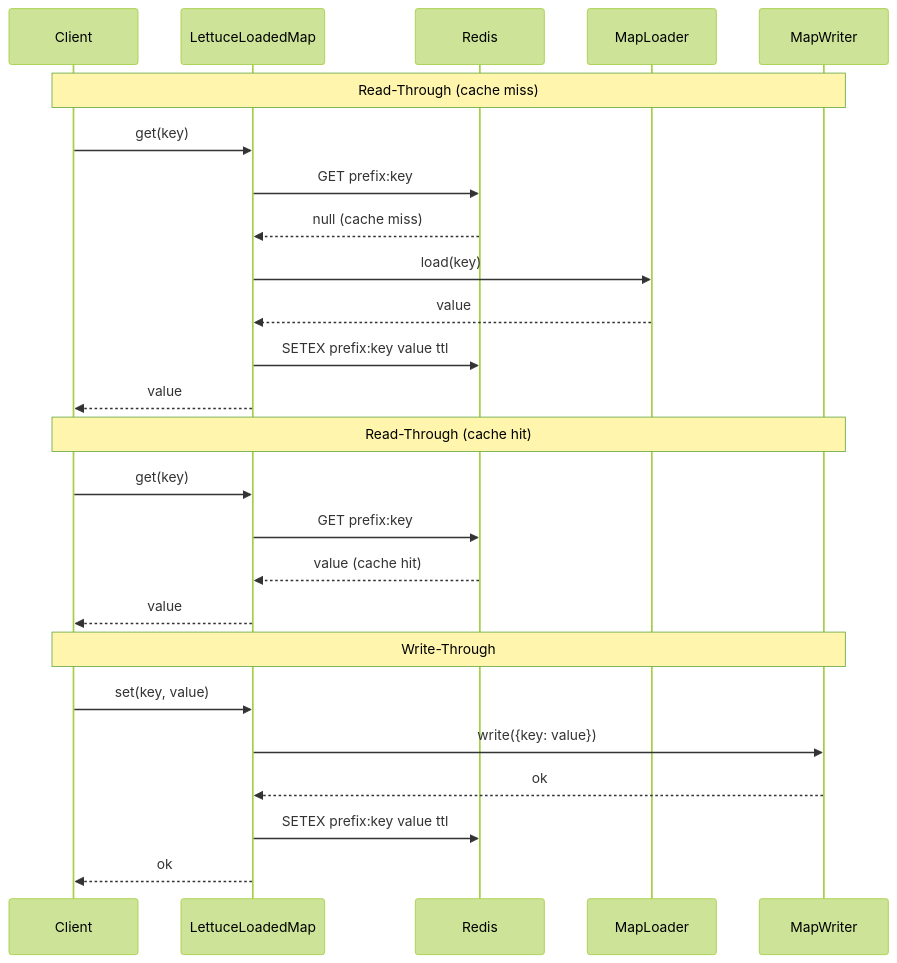
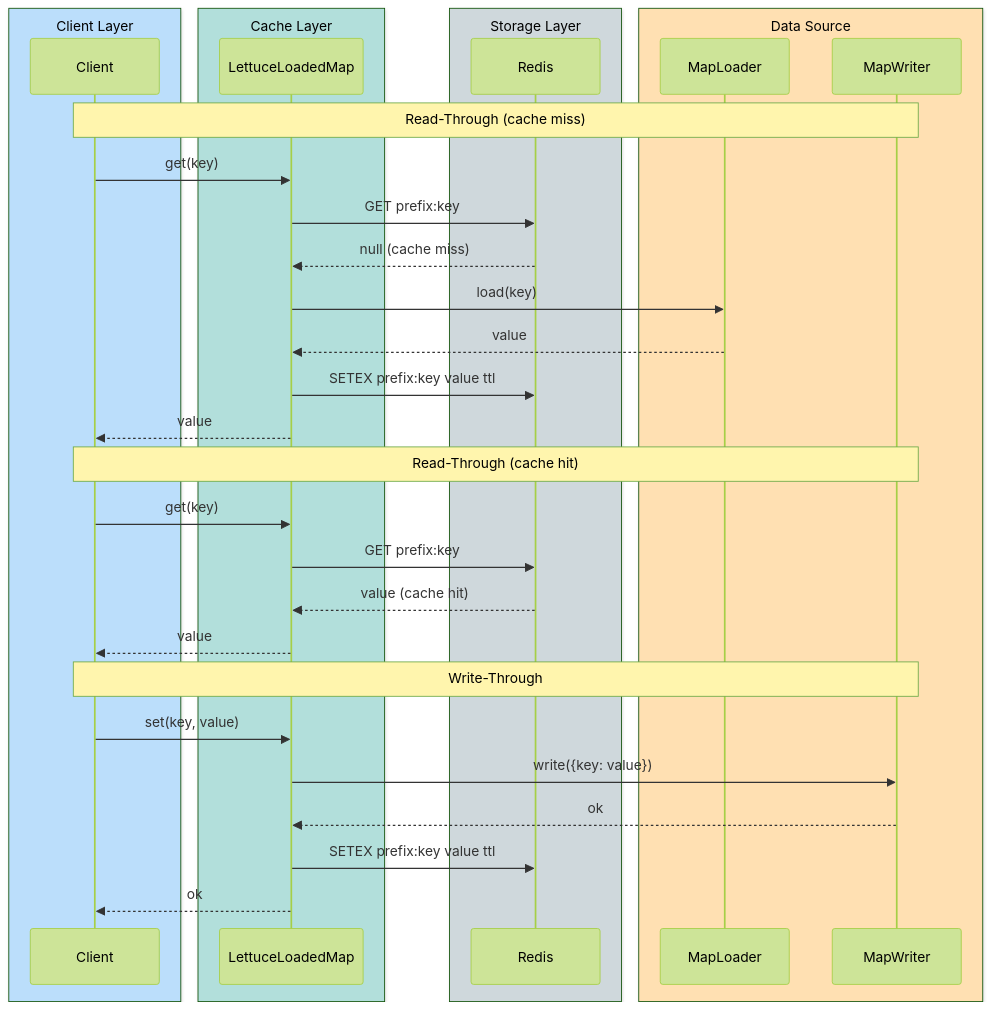
The second of 3 diagrams in infra/lettuce/README.md (bluetape4k/bluetape4k-projects), drawn with Mermaid (forest theme) before and after one commit. The commit also changed other lines of this file and 221 other files, not shown here.

First line of the commit message:
docs: 전체 모듈 README UML 다이어그램 보강 및 색상 업그레이드

````diff
--- a/infra/lettuce/README.md
+++ b/infra/lettuce/README.md
@@ -390,27 +399,35 @@
 ```mermaid
 sequenceDiagram
+    box rgb(187,222,251) Client Layer
     participant Client
+    end
+    box rgb(178,223,219) Cache Layer
     participant LettuceLoadedMap
+    end
+    box rgb(207,216,220) Storage Layer
     participant Redis
+    end
+    box rgb(255,224,178) Data Source
     participant MapLoader
     participant MapWriter
+    end
     Note over Client, MapWriter: Read-Through (cache miss)
     Client ->> LettuceLoadedMap: get(key)
     LettuceLoadedMap ->> Redis: GET prefix:key
     Redis -->> LettuceLoadedMap: null (cache miss)
     LettuceLoadedMap ->> MapLoader: load(key)
     MapLoader -->> LettuceLoadedMap: value
     LettuceLoadedMap ->> Redis: SETEX prefix:key value ttl
     LettuceLoadedMap -->> Client: value
     Note over Client, MapWriter: Read-Through (cache hit)
     Client ->> LettuceLoadedMap: get(key)
     LettuceLoadedMap ->> Redis: GET prefix:key
     Redis -->> LettuceLoadedMap: value (cache hit)
     LettuceLoadedMap -->> Client: value
     Note over Client, MapWriter: Write-Through
     Client ->> LettuceLoadedMap: set(key, value)
     LettuceLoadedMap ->> MapWriter: write({key: value})
     MapWriter -->> LettuceLoadedMap: ok
     LettuceLoadedMap ->> Redis: SETEX prefix:key value ttl
     LettuceLoadedMap -->> Client: ok
 ```
````
